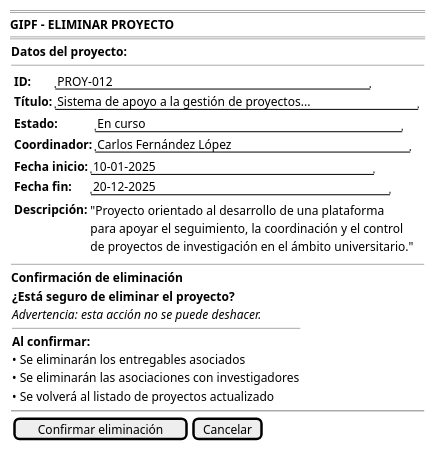
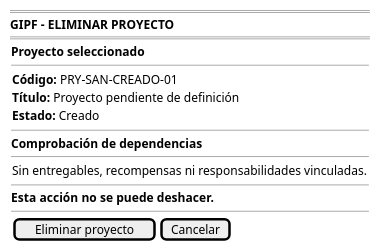
One commit to beatriizorozco/25-26-idsw2-sdVC changed the diagram in RUP/00-casos-uso/02-detalle/coordinador/eliminarProyecto/prototipo.puml. Above: the diagram before and after it, drawn with PlantUML. The commit also changed 38 other files, not shown here.

First line of the commit message:
docs(proyectos): completar detalle funcional del bloque 5

```diff
--- a/RUP/00-casos-uso/02-detalle/coordinador/eliminarProyecto/prototipo.puml
+++ b/RUP/00-casos-uso/02-detalle/coordinador/eliminarProyecto/prototipo.puml
@@ -1,46 +1,26 @@
 @startsalt eliminarProyecto-wireframe
 {
     ====
     <b>GIPF - ELIMINAR PROYECTO</b>
     ====
     {
-        <b>Datos del proyecto:</b>
+        <b>Proyecto seleccionado</b>
         --
         {
-            {
-            {<b>ID:</b> | "PROY-012                               "
-            <b>Título:</b> | "Sistema de apoyo a la gestión de proyectos..."}
-
-            {<b>Estado:</b> | "En curso                              "
-            <b>Coordinador:</b> | "Carlos Fernández López                 "}
-
-            {<b>Fecha inicio:</b> | "10-01-2025                         "
-            <b>Fecha fin:</b> | "20-12-2025                           "}
-
-            {<b>Descripción:</b> |
-                {"Proyecto orientado al desarrollo de una plataforma
-                para apoyar el seguimiento, la coordinación y el control
-                de proyectos de investigación en el ámbito universitario."}}
-            }
+            <b>Código:</b> PRY-SAN-CREADO-01
+            <b>Título:</b> Proyecto pendiente de definición
+            <b>Estado:</b> Creado
         }
-
         --
-
-        <b>Confirmación de eliminación</b>
+        <b>Comprobación de dependencias</b>
+        --
         {
-            <b>¿Está seguro de eliminar el proyecto?</b>
-            <i>Advertencia: esta acción no se puede deshacer.</i>
-
-            --
-            <b>Al confirmar:</b>
-            • Se eliminarán los entregables asociados
-            • Se eliminarán las asociaciones con investigadores
-            • Se volverá al listado de proyectos actualizado
+            Sin entregables, recompensas ni responsabilidades vinculadas.
         }
-
-        ~~
-
-        {[Confirmar eliminación] | [Cancelar]}
+        --
+        <b>Esta acción no se puede deshacer.</b>
+        --
+        {[Eliminar proyecto] | [Cancelar]}
     }
 }
 @endsalt
```
